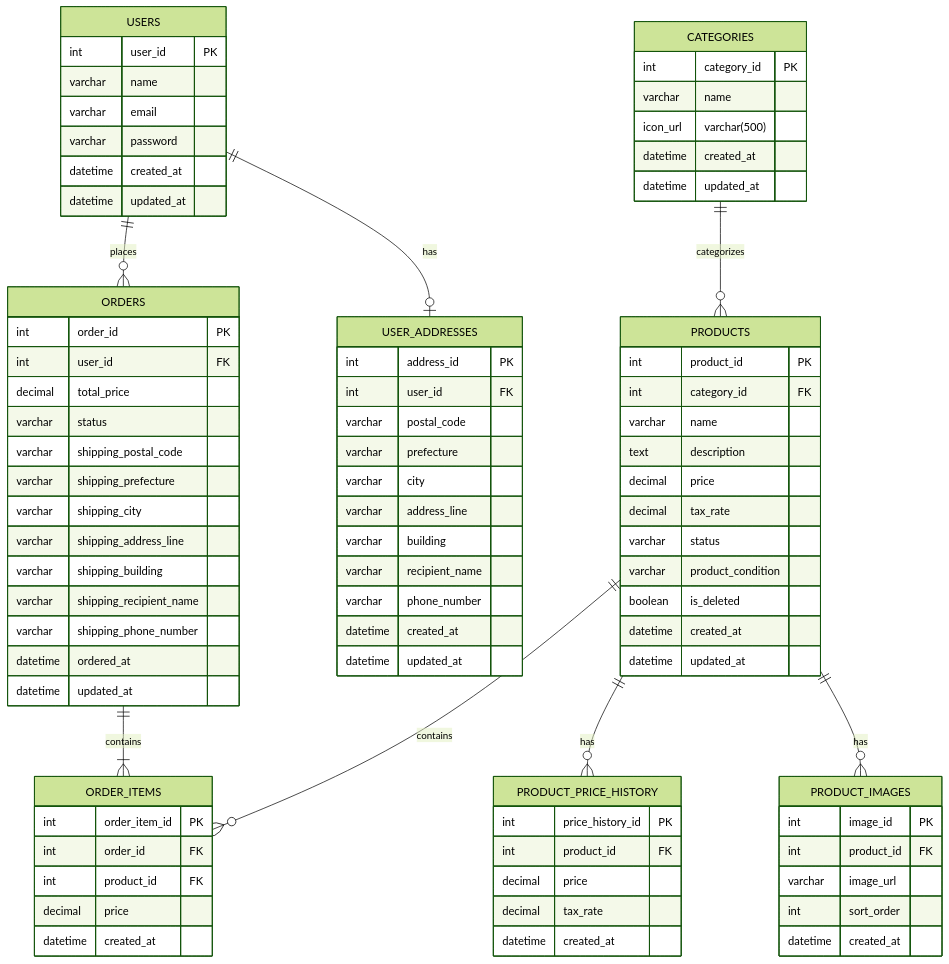
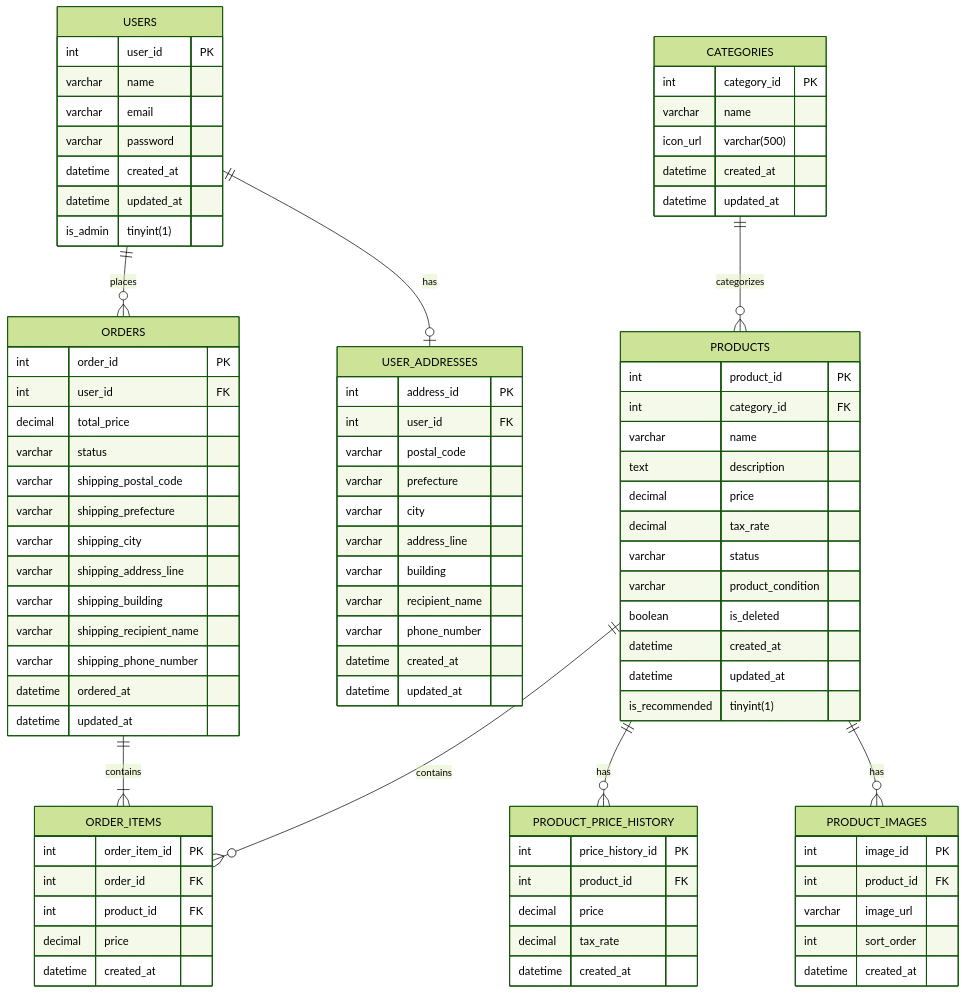
One commit to Amemiya0721/cycle-ec changed the diagram in Cycle-ec/ER図.md. Above: the diagram before and after it, drawn with Mermaid (forest theme). The commit also changed 40 other files, not shown here.

```diff
--- a/Cycle-ec/ER図.md
+++ b/Cycle-ec/ER図.md
@@ -20,6 +20,7 @@
         varchar password
         datetime created_at
         datetime updated_at
+        is_admin tinyint(1)
     }
 
     USER_ADDRESSES {
@@ -56,6 +57,7 @@
         boolean is_deleted
         datetime created_at
         datetime updated_at
+        is_recommended tinyint(1)
     }
 
     PRODUCT_IMAGES {
```
